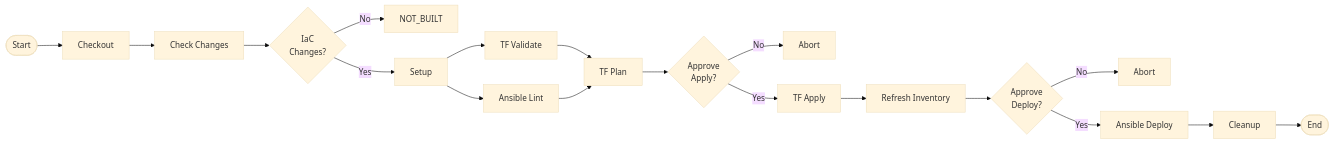
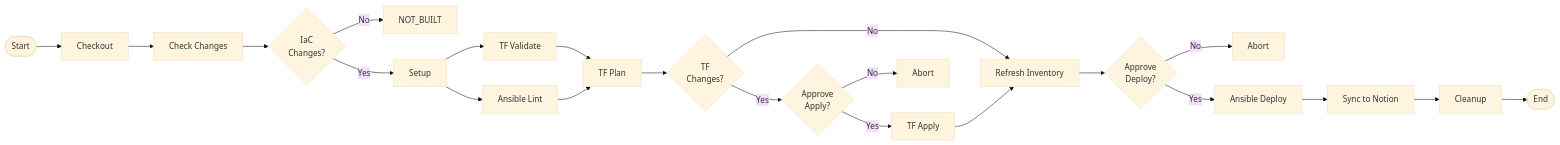
Before and after one commit to blue126/IaC: the second of 5 diagrams in docs/designs/cicd-architecture.md, drawn with Mermaid (base theme). The commit also changed other lines of this file and 4 other files, not shown here.

Commit message:
feat(cicd): skip approval when no TF changes, add notion sync to docs, consolidate requirements

````diff
--- a/docs/designs/cicd-architecture.md
+++ b/docs/designs/cicd-architecture.md
@@ -156,29 +157,32 @@
 ```mermaid
 flowchart LR
     Start([Start]) --> Checkout[Checkout]
     Checkout --> CheckChanges[Check Changes]
     CheckChanges --> Decision1{IaC<br/>Changes?}
 
     Decision1 -- No --> NotBuilt[NOT_BUILT]
     Decision1 -- Yes --> Setup["Setup"]
 
     Setup --> TFValidate["TF Validate"]
     Setup --> AnsibleLint["Ansible Lint"]
 
     TFValidate --> TFPlan[TF Plan]
     AnsibleLint --> TFPlan
 
-    TFPlan --> Decision2{Approve<br/>Apply?}
-    Decision2 -- No --> Abort1[Abort]
-    Decision2 -- Yes --> TFApply[TF Apply]
+    TFPlan --> Decision2{TF<br/>Changes?}
+    Decision2 -- No --> Refresh
+    Decision2 -- Yes --> Approval1{Approve<br/>Apply?}
+    Approval1 -- No --> Abort1[Abort]
+    Approval1 -- Yes --> TFApply[TF Apply]
 
     TFApply --> Refresh[Refresh Inventory]
     Refresh --> Decision3{Approve<br/>Deploy?}
 
     Decision3 -- No --> Abort2[Abort]
     Decision3 -- Yes --> Deploy[Ansible Deploy]
 
-    Deploy --> Cleanup[Cleanup]
+    Deploy --> NotionSync[Sync to Notion]
+    NotionSync --> Cleanup[Cleanup]
     Cleanup --> End([End])
 
 ```
````
